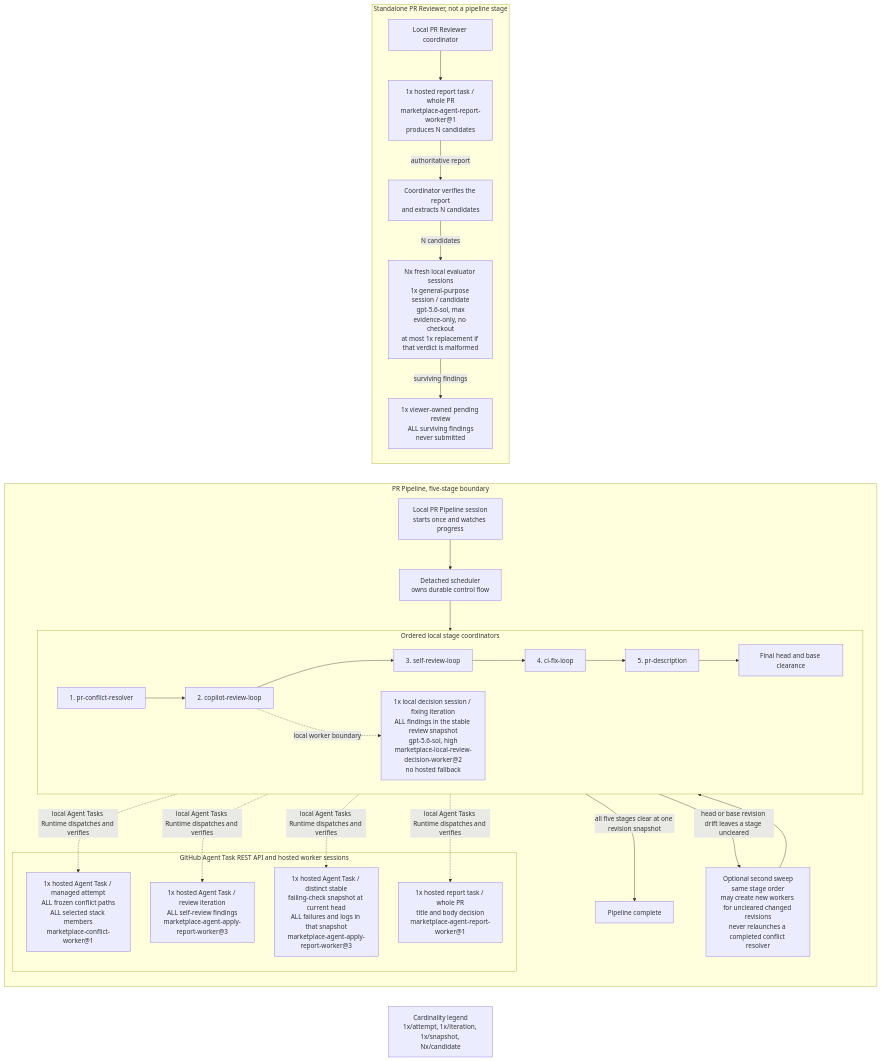
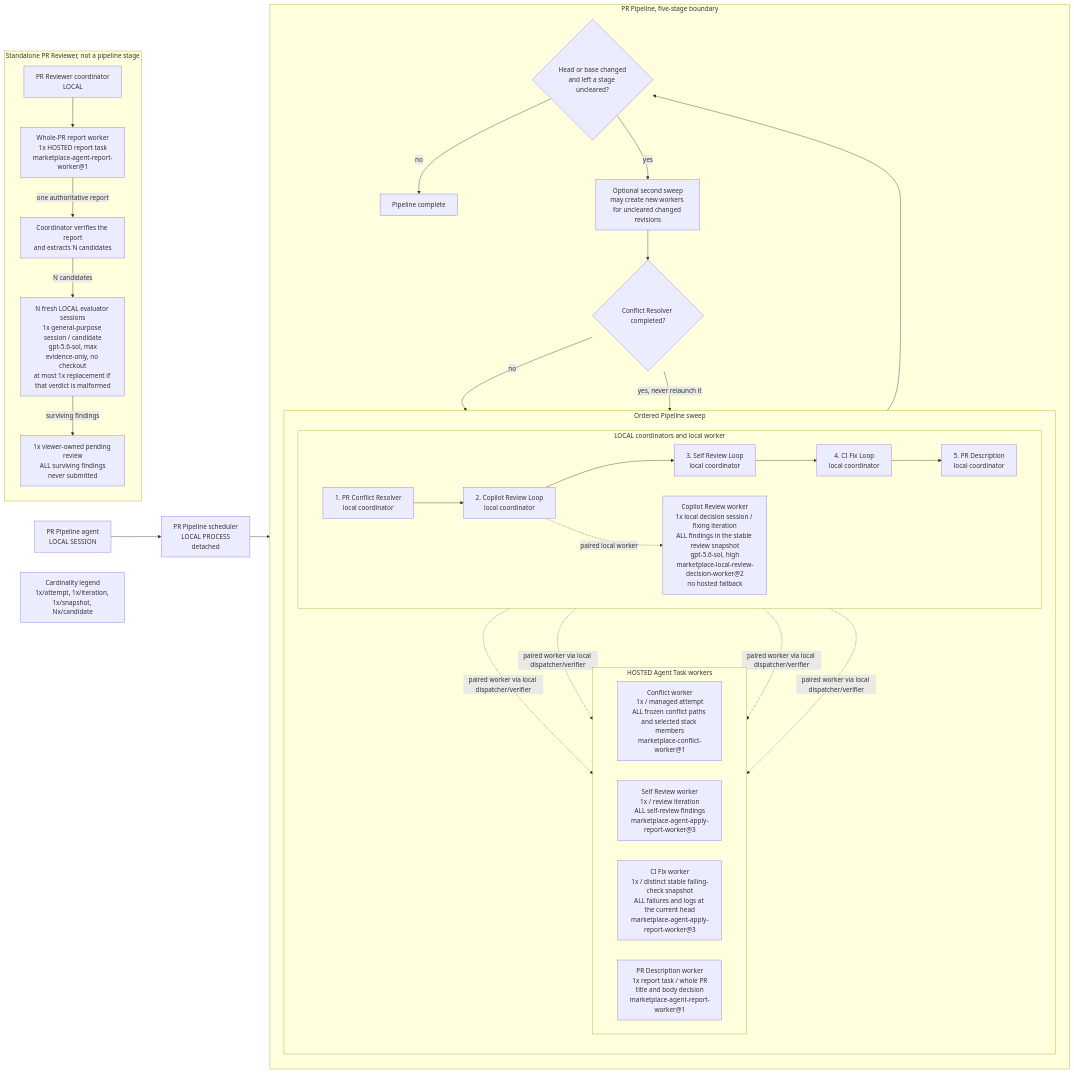
One commit to trask/copilot-plugins changed the diagram in plugins/pr-pipeline/README.md. Above: the diagram before and after it, drawn with Mermaid.

Commit message:
Restore full pipeline topology layout

````diff
--- a/plugins/pr-pipeline/README.md
+++ b/plugins/pr-pipeline/README.md
@@ -5,57 +5,65 @@
 ```mermaid
 flowchart LR
+    pipelineAgent["PR Pipeline agent<br/>LOCAL SESSION"]
+    scheduler["PR Pipeline scheduler<br/>LOCAL PROCESS<br/>detached"]
+    pipelineAgent --> scheduler
+
     subgraph pipeline["PR Pipeline, five-stage boundary"]
         direction TB
-        request["Local PR Pipeline session<br/>starts once and watches progress"]
-        scheduler["Detached scheduler<br/>owns durable control flow"]
-        request --> scheduler
 
-        subgraph local["Ordered local stage coordinators"]
-            direction LR
-            conflict["1. pr-conflict-resolver"]
-            copilotReview["2. copilot-review-loop"]
-            selfReview["3. self-review-loop"]
-            ciFix["4. ci-fix-loop"]
-            description["5. pr-description"]
-            clearance["Final head and base clearance"]
+        subgraph sweep["Ordered Pipeline sweep"]
+            direction TB
 
-            conflict --> copilotReview --> selfReview --> ciFix --> description --> clearance
-            reviewWorker["1x local decision session / fixing iteration<br/>ALL findings in the stable review snapshot<br/>gpt-5.6-sol, high<br/>marketplace-local-review-decision-worker@2<br/>no hosted fallback"]
-            copilotReview -. "local worker boundary" .-> reviewWorker
+            subgraph local["LOCAL coordinators and local worker"]
+                direction LR
+                conflict["1. PR Conflict Resolver<br/>local coordinator"]
+                copilotReview["2. Copilot Review Loop<br/>local coordinator"]
+                selfReview["3. Self Review Loop<br/>local coordinator"]
+                ciFix["4. CI Fix Loop<br/>local coordinator"]
+                description["5. PR Description<br/>local coordinator"]
+                reviewWorker["Copilot Review worker<br/>1x local decision session / fixing iteration<br/>ALL findings in the stable review snapshot<br/>gpt-5.6-sol, high<br/>marketplace-local-review-decision-worker@2<br/>no hosted fallback"]
+
+                conflict --> copilotReview --> selfReview --> ciFix --> description
+                copilotReview -. "paired local worker" .-> reviewWorker
+            end
+
+            subgraph hosted["HOSTED Agent Task workers"]
+                direction LR
+                conflictWorker["Conflict worker<br/>1x / managed attempt<br/>ALL frozen conflict paths and selected stack members<br/>marketplace-conflict-worker@1"]
+                selfReviewWorker["Self Review worker<br/>1x / review iteration<br/>ALL self-review findings<br/>marketplace-agent-apply-report-worker@3"]
+                ciWorker["CI Fix worker<br/>1x / distinct stable failing-check snapshot<br/>ALL failures and logs at the current head<br/>marketplace-agent-apply-report-worker@3"]
+                descriptionWorker["PR Description worker<br/>1x report task / whole PR<br/>title and body decision<br/>marketplace-agent-report-worker@1"]
+            end
+
+            conflict -. "paired worker via local dispatcher/verifier" .-> conflictWorker
+            selfReview -. "paired worker via local dispatcher/verifier" .-> selfReviewWorker
+            ciFix -. "paired worker via local dispatcher/verifier" .-> ciWorker
+            description -. "paired worker via local dispatcher/verifier" .-> descriptionWorker
         end
 
-        scheduler --> conflict
-
-        subgraph hosted["GitHub Agent Task REST API and hosted worker sessions"]
-            conflictWorker["1x hosted Agent Task / managed attempt<br/>ALL frozen conflict paths<br/>ALL selected stack members<br/>marketplace-conflict-worker@1"]
-            selfReviewWorker["1x hosted Agent Task / review iteration<br/>ALL self-review findings<br/>marketplace-agent-apply-report-worker@3"]
-            ciWorker["1x hosted Agent Task / distinct stable<br/>failing-check snapshot at current head<br/>ALL failures and logs in that snapshot<br/>marketplace-agent-apply-report-worker@3"]
-            descriptionWorker["1x hosted report task / whole PR<br/>title and body decision<br/>marketplace-agent-report-worker@1"]
-        end
-
-        conflict -. "local Agent Tasks Runtime dispatches and verifies" .-> conflictWorker
-        selfReview -. "local Agent Tasks Runtime dispatches and verifies" .-> selfReviewWorker
-        ciFix -. "local Agent Tasks Runtime dispatches and verifies" .-> ciWorker
-        description -. "local Agent Tasks Runtime dispatches and verifies" .-> descriptionWorker
-
-        clearance -->|"all five stages clear at one revision snapshot"| done["Pipeline complete"]
-        clearance -->|"head or base revision drift leaves a stage uncleared"| second["Optional second sweep<br/>same stage order<br/>may create new workers for uncleared changed revisions<br/>never relaunches a completed conflict resolver"]
-        second --> conflict
+        revision{"Head or base changed<br/>and left a stage uncleared?"}
+        description --> revision
+        revision -->|"no"| done["Pipeline complete"]
+        revision -->|"yes"| second["Optional second sweep<br/>may create new workers for uncleared changed revisions"]
+        second --> conflictComplete{"Conflict Resolver completed?"}
+        conflictComplete -->|"no"| conflict
+        conflictComplete -->|"yes, never relaunch it"| copilotReview
     end
 
     subgraph reviewer["Standalone PR Reviewer, not a pipeline stage"]
         direction TB
-        reviewerCoordinator["Local PR Reviewer coordinator"]
-        reviewerWorker["1x hosted report task / whole PR<br/>marketplace-agent-report-worker@1<br/>produces N candidates"]
+        reviewerCoordinator["PR Reviewer coordinator<br/>LOCAL"]
+        reviewerWorker["Whole-PR report worker<br/>1x HOSTED report task<br/>marketplace-agent-report-worker@1"]
         candidates["Coordinator verifies the report<br/>and extracts N candidates"]
-        evaluators["Nx fresh local evaluator sessions<br/>1x general-purpose session / candidate<br/>gpt-5.6-sol, max<br/>evidence-only, no checkout<br/>at most 1x replacement if that verdict is malformed"]
+        evaluators["N fresh LOCAL evaluator sessions<br/>1x general-purpose session / candidate<br/>gpt-5.6-sol, max<br/>evidence-only, no checkout<br/>at most 1x replacement if that verdict is malformed"]
         pendingReview["1x viewer-owned pending review<br/>ALL surviving findings<br/>never submitted"]
 
         reviewerCoordinator --> reviewerWorker
-        reviewerWorker -->|"authoritative report"| candidates
+        reviewerWorker -->|"one authoritative report"| candidates
         candidates -->|"N candidates"| evaluators
         evaluators -->|"surviving findings"| pendingReview
     end
 
+    scheduler --> conflict
     legend["Cardinality legend<br/>1x/attempt, 1x/iteration, 1x/snapshot, Nx/candidate"]
 ```
````
